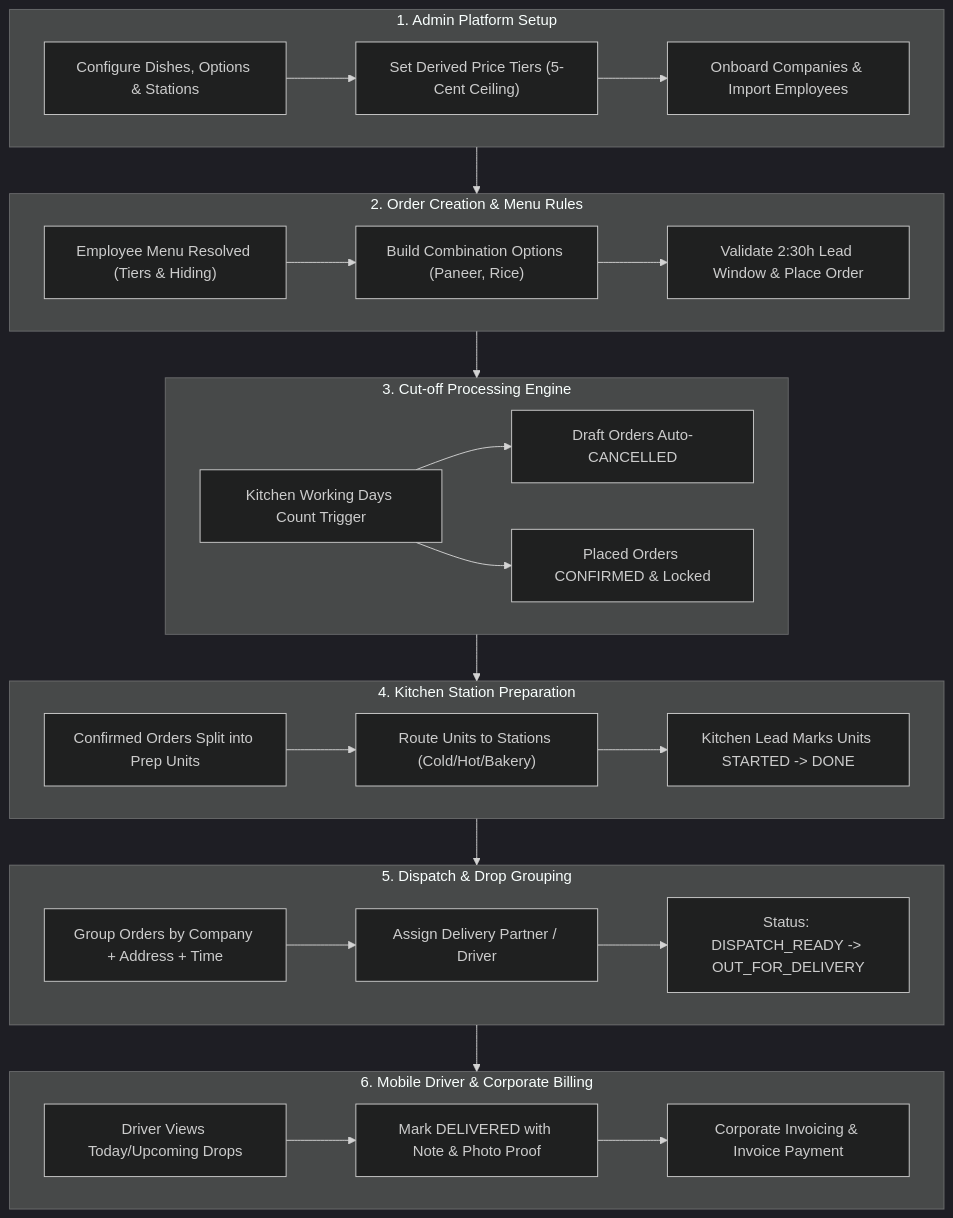
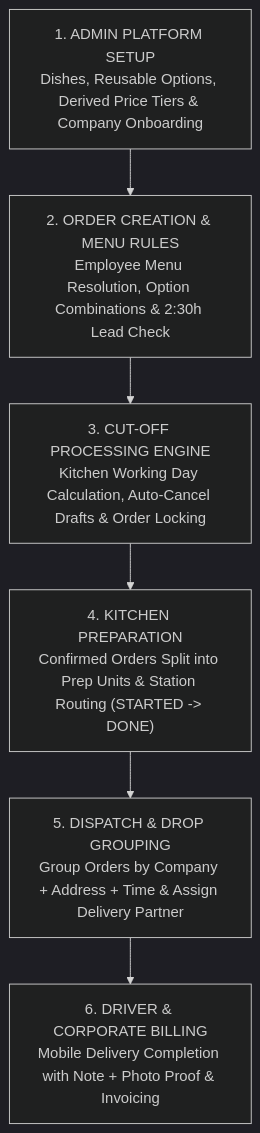
The third of 3 diagrams in README.md (neel040205-np/fernleaf-kitchen-ops), drawn with Mermaid (dark theme) before and after one commit. The commit also changed other lines of this file, not shown here.

Commit message:
docs: optimize Mermaid diagrams with HTML linebreaks for GitHub native SVG rendering

````diff
--- a/README.md
+++ b/README.md
@@ -133,47 +125,15 @@
 ```mermaid
 graph TD
-    subgraph Step1["1. Admin Platform Setup"]
-        A1["Configure Dishes, Options & Stations"]
-        A2["Set Derived Price Tiers (5-Cent Ceiling)"]
-        A3["Onboard Companies & Import Employees"]
-        A1 --> A2 --> A3
-    end
+    Step1["1. ADMIN PLATFORM SETUP<br/>Dishes, Reusable Options, Derived Price Tiers & Company Onboarding"]
+    Step2["2. ORDER CREATION & MENU RULES<br/>Employee Menu Resolution, Option Combinations & 2:30h Lead Check"]
+    Step3["3. CUT-OFF PROCESSING ENGINE<br/>Kitchen Working Day Calculation, Auto-Cancel Drafts & Order Locking"]
+    Step4["4. KITCHEN PREPARATION<br/>Confirmed Orders Split into Prep Units & Station Routing (STARTED -> DONE)"]
+    Step5["5. DISPATCH & DROP GROUPING<br/>Group Orders by Company + Address + Time & Assign Delivery Partner"]
+    Step6["6. DRIVER & CORPORATE BILLING<br/>Mobile Delivery Completion with Note + Photo Proof & Invoicing"]
 
-    subgraph Step2["2. Order Creation & Menu Rules"]
-        B1["Employee Menu Resolved (Tiers & Hiding)"]
-        B2["Build Combination Options (Paneer, Rice)"]
-        B3["Validate 2:30h Lead Window & Place Order"]
-        B1 --> B2 --> B3
-    end
-
-    subgraph Step3["3. Cut-off Processing Engine"]
-        C1["Kitchen Working Days Count Trigger"]
-        C2["Draft Orders Auto-CANCELLED"]
-        C3["Placed Orders CONFIRMED & Locked"]
-        C1 --> C2
-        C1 --> C3
-    end
-
-    subgraph Step4["4. Kitchen Station Preparation"]
-        D1["Confirmed Orders Split into Prep Units"]
-        D2["Route Units to Stations (Cold/Hot/Bakery)"]
-        D3["Kitchen Lead Marks Units STARTED -> DONE"]
-        D1 --> D2 --> D3
-    end
-
-    subgraph Step5["5. Dispatch & Drop Grouping"]
-        E1["Group Orders by Company + Address + Time"]
-        E2["Assign Delivery Partner / Driver"]
-        E3["Status: DISPATCH_READY -> OUT_FOR_DELIVERY"]
-        E1 --> E2 --> E3
-    end
-
-    subgraph Step6["6. Mobile Driver & Corporate Billing"]
-        F1["Driver Views Today/Upcoming Drops"]
-        F2["Mark DELIVERED with Note & Photo Proof"]
-        F3["Corporate Invoicing & Invoice Payment"]
-        F1 --> F2 --> F3
-    end
-
-    Step1 --> Step2 --> Step3 --> Step4 --> Step5 --> Step6
+    Step1 --> Step2
+    Step2 --> Step3
+    Step3 --> Step4
+    Step4 --> Step5
+    Step5 --> Step6
 ```
````
